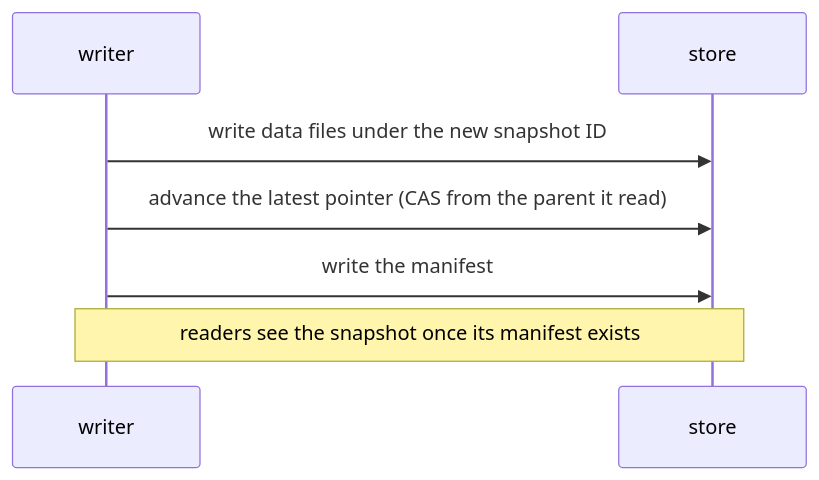
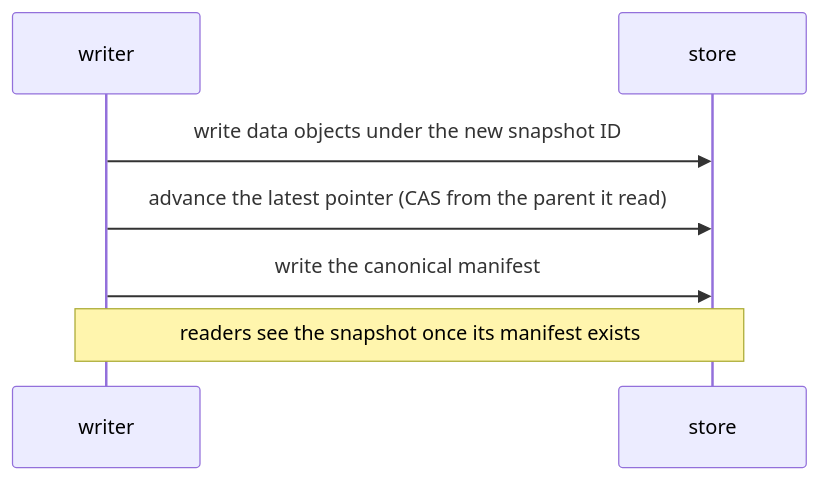
The second of 3 diagrams in docs/guides/concepts.md (pithecene/lode), drawn with Mermaid before and after one commit. The commit also changed other lines of this file and 127 other files, not shown here.

````diff
--- a/docs/guides/concepts.md
+++ b/docs/guides/concepts.md
@@ -62,9 +64,9 @@
 ```mermaid
 sequenceDiagram
     participant W as writer
     participant S as store
-    W->>S: write data files under the new snapshot ID
+    W->>S: write data objects under the new snapshot ID
     W->>S: advance the latest pointer (CAS from the parent it read)
-    W->>S: write the manifest
+    W->>S: write the canonical manifest
     Note over W,S: readers see the snapshot once its manifest exists
 ```
````
